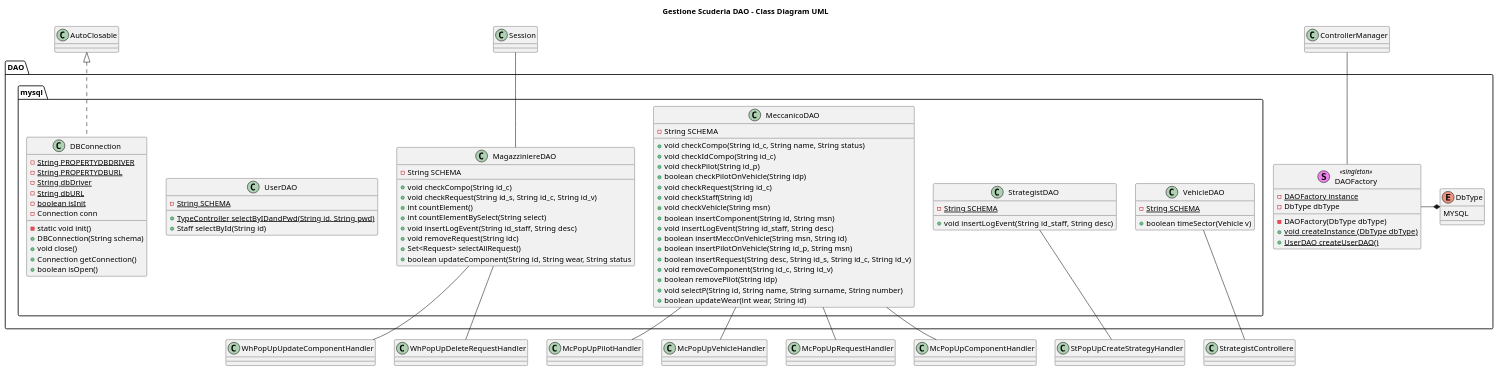
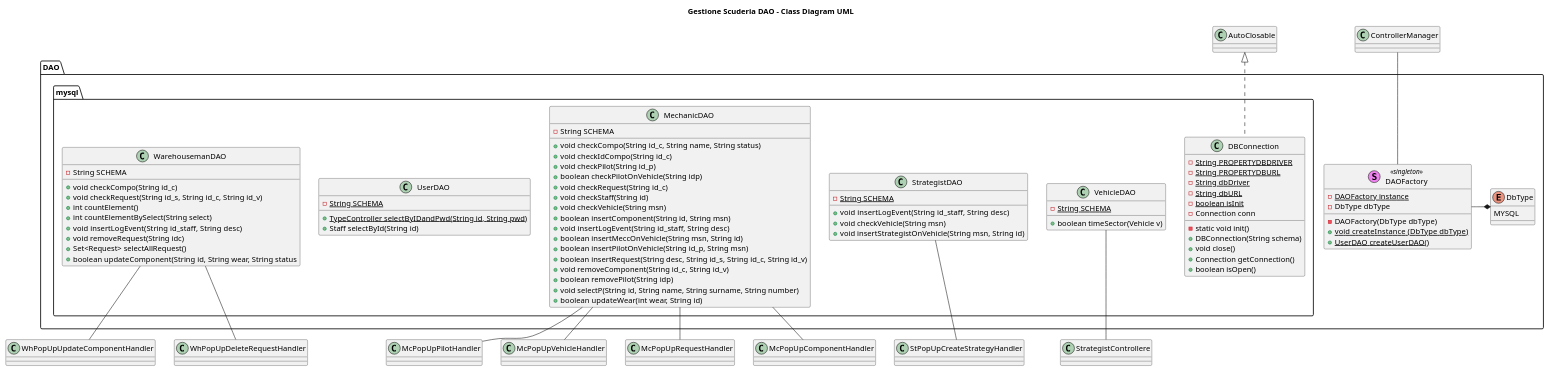
One commit to IngSW-unipv/Progetto-S24 changed the diagram in project_document/SECTOR1-UML/UML/DAO_UML/DAO_UML.wsd. Above: the diagram before and after it, drawn with PlantUML. The commit also changed 3 other files, not shown here.

```diff
--- a/project_document/SECTOR1-UML/UML/DAO_UML/DAO_UML.wsd
+++ b/project_document/SECTOR1-UML/UML/DAO_UML/DAO_UML.wsd
@@ -1,100 +1,100 @@
 @startuml
 
 title Gestione Scuderia DAO - Class Diagram UML
 
 package DAO{
   class DAOFactory << (S,Violet) singleton >>{
     - {static} DAOFactory instance 
     - DbType dbType
     - DAOFactory(DbType dbType)
     + {static} void createInstance (DbType  dbType)
     + {static} UserDAO createUserDAO() 
   }
 
   enum DbType {
     MYSQL
   }
 }
 
 package DAO.mysql{
   class DBConnection{
     - {static} String PROPERTYDBDRIVER
     - {static} String PROPERTYDBURL
     - {static} String dbDriver 
     - {static} String dbURL 
     - {static} boolean isInit 
     - Connection conn
     - static void init()
     + DBConnection(String schema)
     + void close()
     + Connection getConnection()
     + boolean isOpen() 
   }
   
-  class MagazziniereDAO{
+  class WarehousemanDAO{
     - String SCHEMA
     + void checkCompo(String id_c)
     + void checkRequest(String id_s, String id_c, String id_v)
     + int countElement()
     + int countElementBySelect(String select)
     + void  insertLogEvent(String id_staff, String desc)
     + void removeRequest(String idc)
     + Set<Request> selectAllRequest()
     + boolean updateComponent(String id, String wear, String status
   }
 
-  class MeccanicoDAO{
+  class MechanicDAO{
     - String SCHEMA
     + void checkCompo(String id_c, String name, String status)
     + void checkIdCompo(String id_c)
     + void checkPilot(String id_p)
     + boolean checkPilotOnVehicle(String idp)
     + void checkRequest(String id_c)
     + void checkStaff(String id)
     + void checkVehicle(String msn)
     + boolean insertComponent(String id, String msn)
     + void  insertLogEvent(String id_staff, String desc)
     + boolean insertMeccOnVehicle(String msn, String id)
     + boolean insertPilotOnVehicle(String id_p, String msn)
     + boolean insertRequest(String desc, String id_s, String id_c, String id_v)
     + void removeComponent(String id_c, String id_v)
     + boolean removePilot(String idp)
     + void selectP(String id, String name, String surname, String number)
     + boolean updateWear(int wear, String id)
   }
 
   class StrategistDAO {
     - {static} String SCHEMA
     + void  insertLogEvent(String id_staff, String desc)
+    + void checkVehicle(String msn)
+    + void insertStrategistOnVehicle(String msn, String id) 
   }
 
   class UserDAO {
     - {static} String SCHEMA
     + {static} TypeController selectByIDandPwd(String id, String pwd)
     + Staff selectById(String id)
   }
   
   class VehicleDAO {
     - {static} String SCHEMA
     + boolean timeSector(Vehicle v)
   }
 }
 
 DAOFactory -* DbType
 DBConnection -up.|> AutoClosable
 ControllerManager -- DAOFactory
 
-Session -- MagazziniereDAO
+WarehousemanDAO -- WhPopUpUpdateComponentHandler
+WarehousemanDAO -- WhPopUpDeleteRequestHandler
 
-MagazziniereDAO -- WhPopUpUpdateComponentHandler
-MagazziniereDAO -- WhPopUpDeleteRequestHandler
-
-MeccanicoDAO -- McPopUpPilotHandler
-MeccanicoDAO -- McPopUpVehicleHandler
-MeccanicoDAO -- McPopUpRequestHandler
-MeccanicoDAO -- McPopUpComponentHandler
+MechanicDAO -- McPopUpPilotHandler
+MechanicDAO -- McPopUpVehicleHandler
+MechanicDAO -- McPopUpRequestHandler
+MechanicDAO -- McPopUpComponentHandler
 
 StrategistDAO -- StPopUpCreateStrategyHandler
 VehicleDAO -- StrategistControllere
 
 @enduml
```
